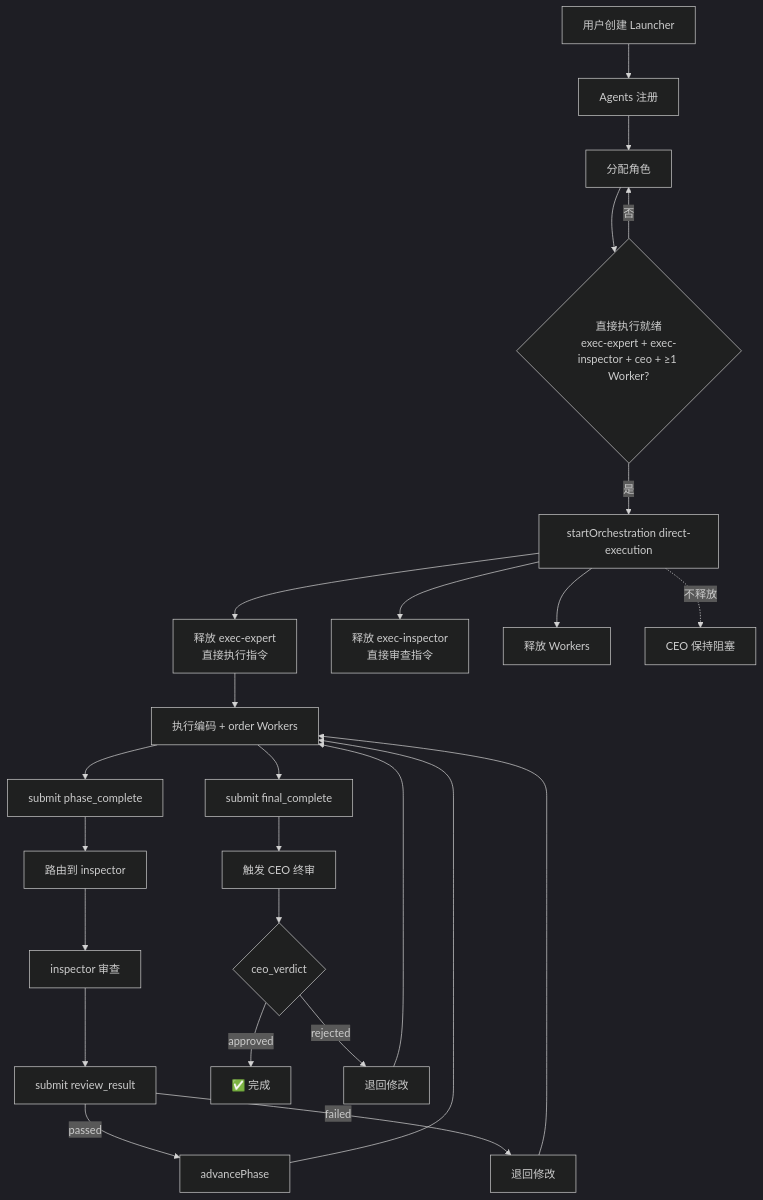
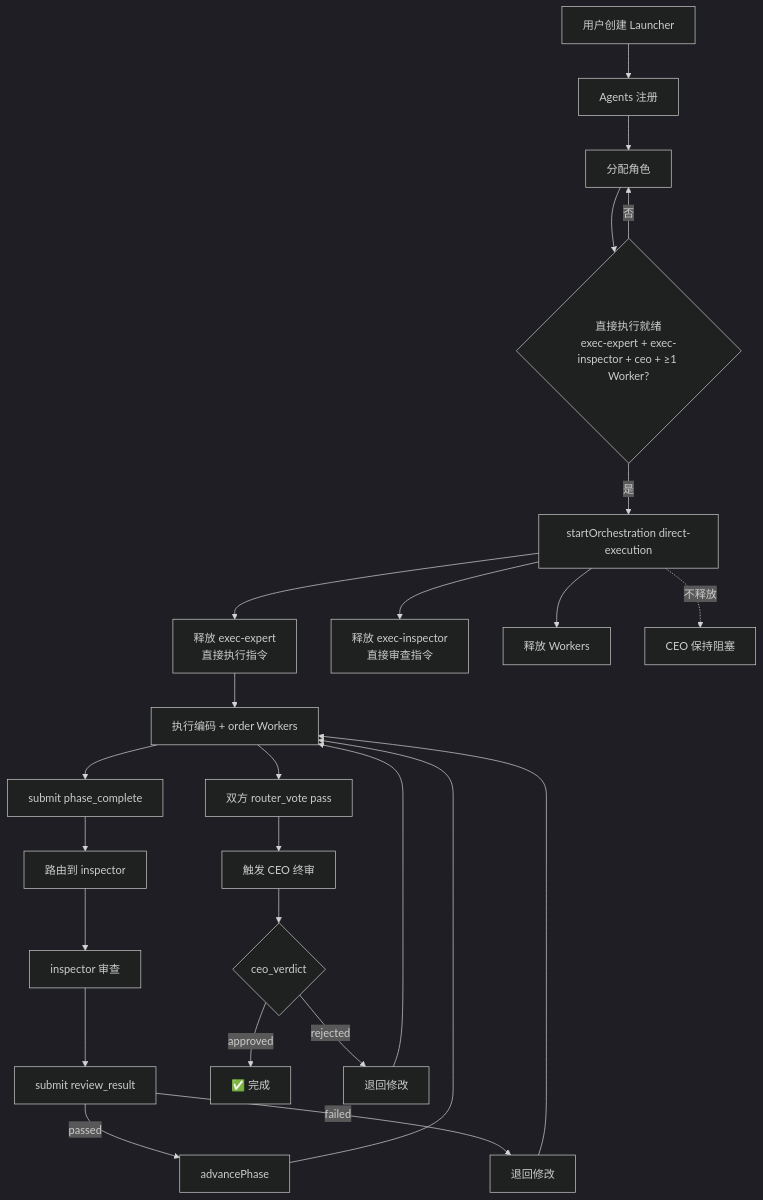
The eighth of 10 diagrams in .myLastChat/MLC_MLRA编排流程完整分析.md (isWittHere/my-last-feedback), drawn with Mermaid (dark theme) before and after one commit. The commit also changed other lines of this file and 14 other files, not shown here.

````diff
--- a/.myLastChat/MLC_MLRA编排流程完整分析.md
+++ b/.myLastChat/MLC_MLRA编排流程完整分析.md
@@ -397,30 +488,30 @@
 ```mermaid
 flowchart TD
     START[用户创建 Launcher] --> REG[Agents 注册]
     REG --> ASSIGN[分配角色]
     ASSIGN --> CHECK{直接执行就绪<br/>exec-expert + exec-inspector + ceo + ≥1 Worker?}
     CHECK -->|否| ASSIGN
     CHECK -->|是| DIRECT_START[startOrchestration direct-execution]
 
     DIRECT_START --> EXEC_EXPERT[释放 exec-expert<br/>直接执行指令]
     DIRECT_START --> EXEC_INSPECT[释放 exec-inspector<br/>直接审查指令]
     DIRECT_START --> WORKERS[释放 Workers]
     DIRECT_START -.->|不释放| CEO_WAIT[CEO 保持阻塞]
 
     EXEC_EXPERT --> EXEC_WORK[执行编码 + order Workers]
     EXEC_WORK --> SUBMIT_PHASE[submit phase_complete]
     SUBMIT_PHASE --> ROUTE_INS[路由到 inspector]
     ROUTE_INS --> INS_REVIEW[inspector 审查]
     INS_REVIEW --> SUBMIT_REV[submit review_result]
     SUBMIT_REV -->|passed| ADVANCE[advancePhase]
     ADVANCE --> EXEC_WORK
     SUBMIT_REV -->|failed| ROUTE_BACK[退回修改]
     ROUTE_BACK --> EXEC_WORK
 
-    EXEC_WORK --> SUBMIT_FINAL[submit final_complete]
-    SUBMIT_FINAL --> CEO_FINAL[触发 CEO 终审]
+    EXEC_WORK --> IMPL_VOTE[双方 router_vote pass]
+    IMPL_VOTE --> CEO_FINAL[触发 CEO 终审]
     CEO_FINAL --> CEO_V{ceo_verdict}
     CEO_V -->|approved| COMPLETE[✅ 完成]
     CEO_V -->|rejected| REJECT[退回修改]
     REJECT --> EXEC_WORK
 ```
````
